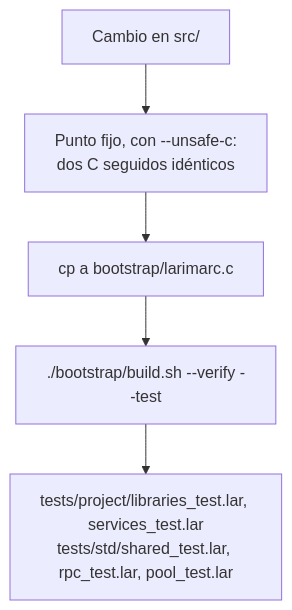
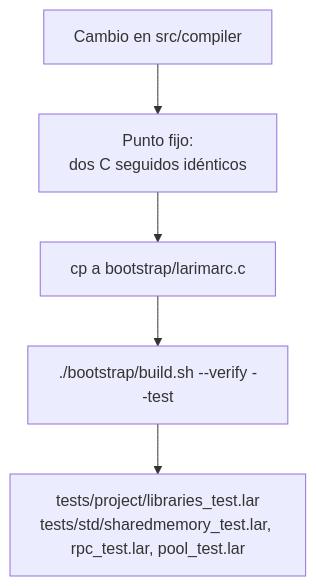
One commit to zerh/larimar changed the sixth of 6 diagrams in docs/compiler-libraries.es.md. Above: the diagram before and after it, drawn with Mermaid. The commit also changed other lines of this file and 263 other files, not shown here.

````diff
--- a/docs/compiler-libraries.es.md
+++ b/docs/compiler-libraries.es.md
@@ -254,7 +205,7 @@
 ```mermaid
 flowchart TB
-    a["Cambio en src/"] --> b["Punto fijo, con --unsafe-c:<br/>dos C seguidos idénticos"]
+    a["Cambio en src/compiler"] --> b["Punto fijo:<br/>dos C seguidos idénticos"]
     b --> c["cp a bootstrap/larimarc.c"]
     c --> d["./bootstrap/build.sh --verify --test"]
-    d --> e["tests/project/libraries_test.lar, services_test.lar<br/>tests/std/shared_test.lar, rpc_test.lar, pool_test.lar"]
+    d --> e["tests/project/libraries_test.lar<br/>tests/std/sharedmemory_test.lar, rpc_test.lar, pool_test.lar"]
 ```
````
